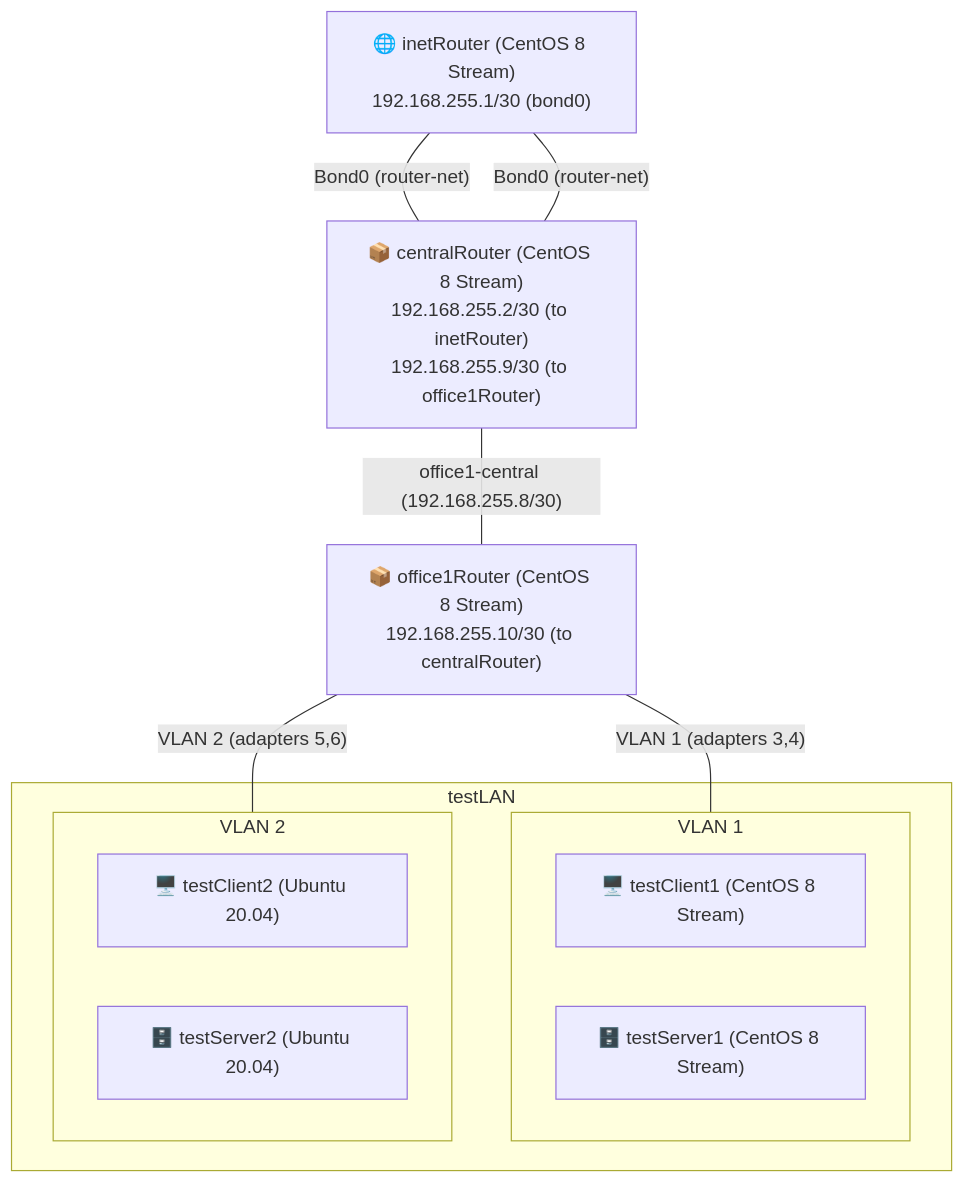
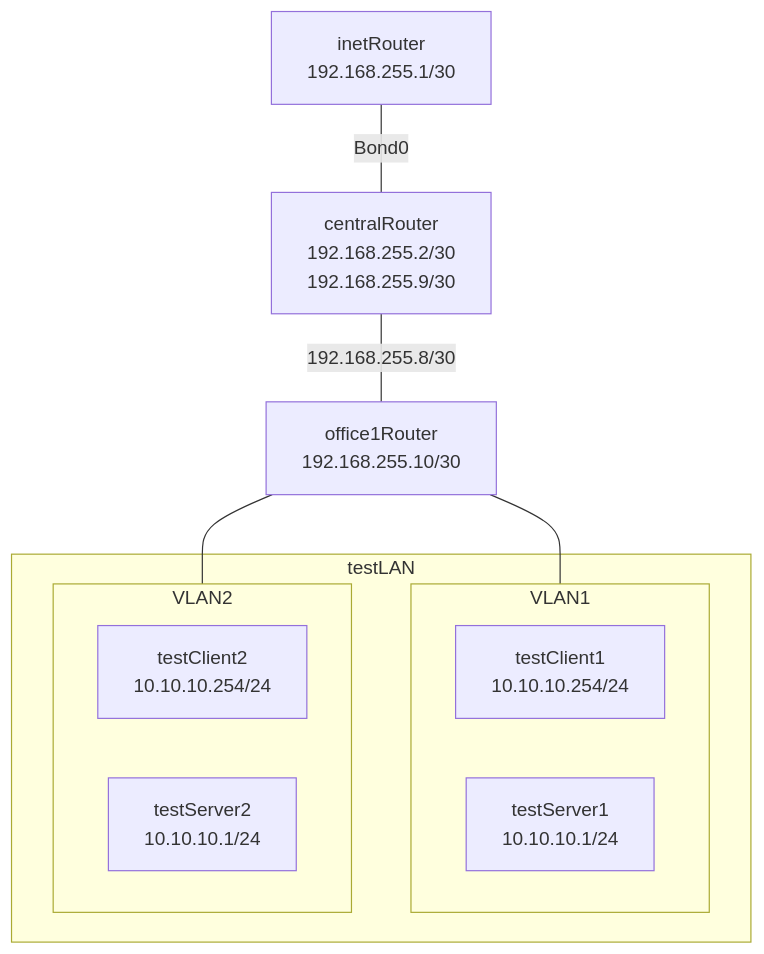
One commit to mrAlexbody/otus_linux-pro-2025-08 changed the diagram in 24_Сетевые пакеты and VLAN'ы. and LACP/README.md. Above: the diagram before and after it, drawn with Mermaid. The commit also changed other lines of this file and 7 other files, not shown here.

````diff
--- a/24_Сетевые пакеты and VLAN'ы. and LACP/README.md
+++ b/24_Сетевые пакеты and VLAN'ы. and LACP/README.md
@@ -36,26 +36,24 @@
 ```mermaid
 graph TD
+    inetRouter["inetRouter<br>192.168.255.1/30"]
+    centralRouter["centralRouter<br>192.168.255.2/30<br>192.168.255.9/30"]
+    office1Router["office1Router<br>192.168.255.10/30"]
 
-    inetRouter["🌐 inetRouter (CentOS 8 Stream)<br>192.168.255.1/30 (bond0)"]
-    centralRouter["📦 centralRouter (CentOS 8 Stream)<br>192.168.255.2/30 (to inetRouter)<br>192.168.255.9/30 (to office1Router)"]
-    office1Router["📦 office1Router (CentOS 8 Stream)<br>192.168.255.10/30 (to centralRouter)"]
+    inetRouter ---|Bond0| centralRouter
+    centralRouter ---|192.168.255.8/30| office1Router
 
-    inetRouter ---|"Bond0 (router-net)"| centralRouter
-    inetRouter ---|"Bond0 (router-net)"| centralRouter
-
-    centralRouter ---|"office1-central (192.168.255.8/30)"| office1Router
-
-    subgraph testLAN ["testLAN"]
-        subgraph vlan1 ["VLAN 1"]
-            testClient1["🖥️ testClient1 (CentOS 8 Stream)"]
-            testServer1["🗄️ testServer1 (CentOS 8 Stream)"]
+    subgraph testLAN
+        subgraph VLAN1
+            testClient1["testClient1<br>10.10.10.254/24"]
+            testServer1["testServer1<br>10.10.10.1/24"]
         end
-        subgraph vlan2 ["VLAN 2"]
-            testClient2["🖥️ testClient2 (Ubuntu 20.04)"]
-            testServer2["🗄️ testServer2 (Ubuntu 20.04)"]
+        subgraph VLAN2
+            testClient2["testClient2<br>10.10.10.254/24"]
+            testServer2["testServer2<br>10.10.10.1/24"]
         end
     end
 
-    office1Router ---|"VLAN 1 (adapters 3,4)"| vlan1
-    office1Router ---|"VLAN 2 (adapters 5,6)"| vlan2
+    office1Router --- VLAN1
+    office1Router --- VLAN2
+    
 ```
````
